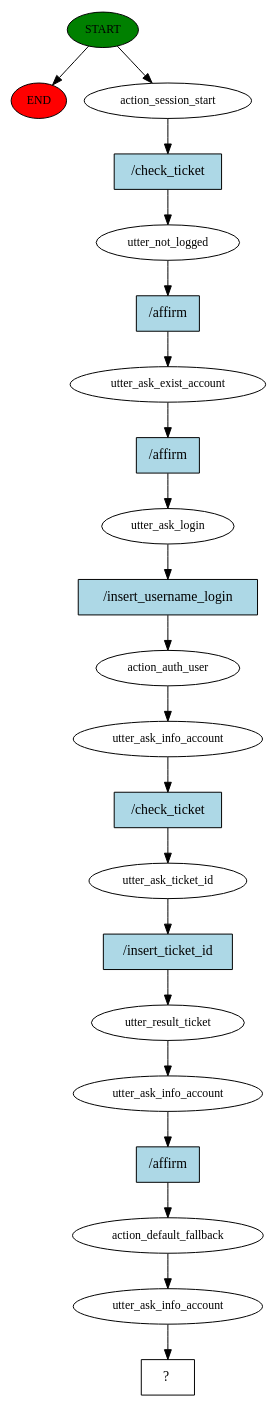
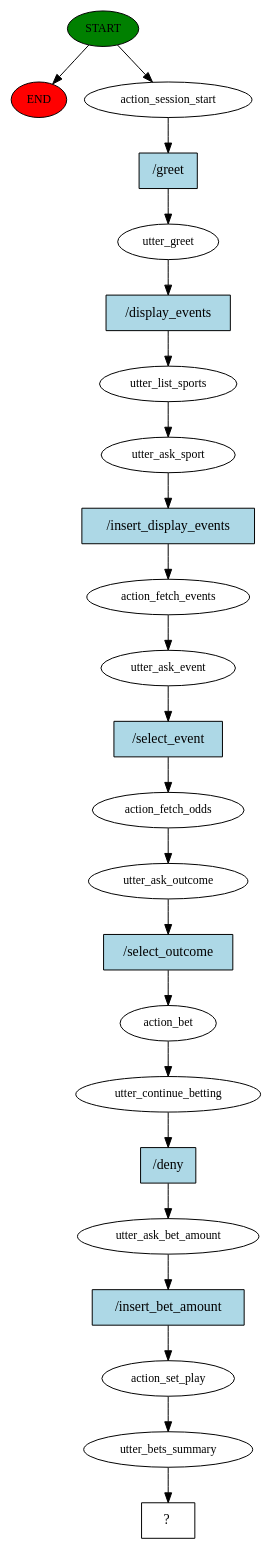
Before and after one commit to MarcoCarraro-1/BetBot: the diagram in story_graph.dot, drawn with Graphviz. The commit also changed 187 other files, not shown here.

Commit message:
Updating help after greet, menu visualization, asking event after sport choice, bet_amount insert, remove current bets

```diff
--- a/story_graph.dot
+++ b/story_graph.dot
@@ -1,43 +1,47 @@
 digraph  {
 0 [class="start active", fillcolor=green, fontsize=12, label=START, style=filled];
 "-1" [class=end, fillcolor=red, fontsize=12, label=END, style=filled];
 1 [class=active, fontsize=12, label=action_session_start];
-2 [class=active, fontsize=12, label=utter_not_logged];
-3 [class=active, fontsize=12, label=utter_ask_exist_account];
-4 [class=active, fontsize=12, label=utter_ask_login];
-5 [class=active, fontsize=12, label=action_auth_user];
-6 [class=active, fontsize=12, label=utter_ask_info_account];
-7 [class=active, fontsize=12, label=utter_ask_ticket_id];
-8 [class=active, fontsize=12, label=utter_result_ticket];
-9 [class=active, fontsize=12, label=utter_ask_info_account];
-10 [class=active, fontsize=12, label=action_default_fallback];
-11 [class=active, fontsize=12, label=utter_ask_info_account];
-12 [class="intent dashed active", label="  ?  ", shape=rect];
-13 [class="intent active", fillcolor=lightblue, label="/check_ticket", shape=rect, style=filled];
-14 [class="intent active", fillcolor=lightblue, label="/affirm", shape=rect, style=filled];
-15 [class="intent active", fillcolor=lightblue, label="/affirm", shape=rect, style=filled];
-16 [class="intent active", fillcolor=lightblue, label="/insert_username_login", shape=rect, style=filled];
-17 [class="intent active", fillcolor=lightblue, label="/check_ticket", shape=rect, style=filled];
-18 [class="intent active", fillcolor=lightblue, label="/insert_ticket_id", shape=rect, style=filled];
-19 [class="intent active", fillcolor=lightblue, label="/affirm", shape=rect, style=filled];
+2 [class=active, fontsize=12, label=utter_greet];
+3 [class=active, fontsize=12, label=utter_list_sports];
+4 [class=active, fontsize=12, label=utter_ask_sport];
+5 [class=active, fontsize=12, label=action_fetch_events];
+6 [class=active, fontsize=12, label=utter_ask_event];
+7 [class=active, fontsize=12, label=action_fetch_odds];
+8 [class=active, fontsize=12, label=utter_ask_outcome];
+9 [class=active, fontsize=12, label=action_bet];
+10 [class=active, fontsize=12, label=utter_continue_betting];
+11 [class=active, fontsize=12, label=utter_ask_bet_amount];
+12 [class=active, fontsize=12, label=action_set_play];
+13 [class=active, fontsize=12, label=utter_bets_summary];
+14 [class="intent dashed active", label="  ?  ", shape=rect];
+15 [class="intent active", fillcolor=lightblue, label="/greet", shape=rect, style=filled];
+16 [class="intent active", fillcolor=lightblue, label="/display_events", shape=rect, style=filled];
+17 [class="intent active", fillcolor=lightblue, label="/insert_display_events", shape=rect, style=filled];
+18 [class="intent active", fillcolor=lightblue, label="/select_event", shape=rect, style=filled];
+19 [class="intent active", fillcolor=lightblue, label="/select_outcome", shape=rect, style=filled];
+20 [class="intent active", fillcolor=lightblue, label="/deny", shape=rect, style=filled];
+21 [class="intent active", fillcolor=lightblue, label="/insert_bet_amount", shape=rect, style=filled];
 0 -> "-1"  [class="", key=NONE, label=""];
 0 -> 1  [class=active, key=NONE, label=""];
-1 -> 13  [class=active, key=0];
-2 -> 14  [class=active, key=0];
-3 -> 15  [class=active, key=0];
-4 -> 16  [class=active, key=0];
+1 -> 15  [class=active, key=0];
+2 -> 16  [class=active, key=0];
+3 -> 4  [class=active, key=NONE, label=""];
+4 -> 17  [class=active, key=0];
 5 -> 6  [class=active, key=NONE, label=""];
-6 -> 17  [class=active, key=0];
-7 -> 18  [class=active, key=0];
-8 -> 9  [class=active, key=NONE, label=""];
-9 -> 19  [class=active, key=0];
-10 -> 11  [class=active, key=NONE, label=""];
-11 -> 12  [class=active, key=NONE, label=""];
-13 -> 2  [class=active, key=0];
-14 -> 3  [class=active, key=0];
-15 -> 4  [class=active, key=0];
-16 -> 5  [class=active, key=0];
-17 -> 7  [class=active, key=0];
-18 -> 8  [class=active, key=0];
-19 -> 10  [class=active, key=0];
+6 -> 18  [class=active, key=0];
+7 -> 8  [class=active, key=NONE, label=""];
+8 -> 19  [class=active, key=0];
+9 -> 10  [class=active, key=NONE, label=""];
+10 -> 20  [class=active, key=0];
+11 -> 21  [class=active, key=0];
+12 -> 13  [class=active, key=NONE, label=""];
+13 -> 14  [class=active, key=NONE, label=""];
+15 -> 2  [class=active, key=0];
+16 -> 3  [class=active, key=0];
+17 -> 5  [class=active, key=0];
+18 -> 7  [class=active, key=0];
+19 -> 9  [class=active, key=0];
+20 -> 11  [class=active, key=0];
+21 -> 12  [class=active, key=0];
 }
```
